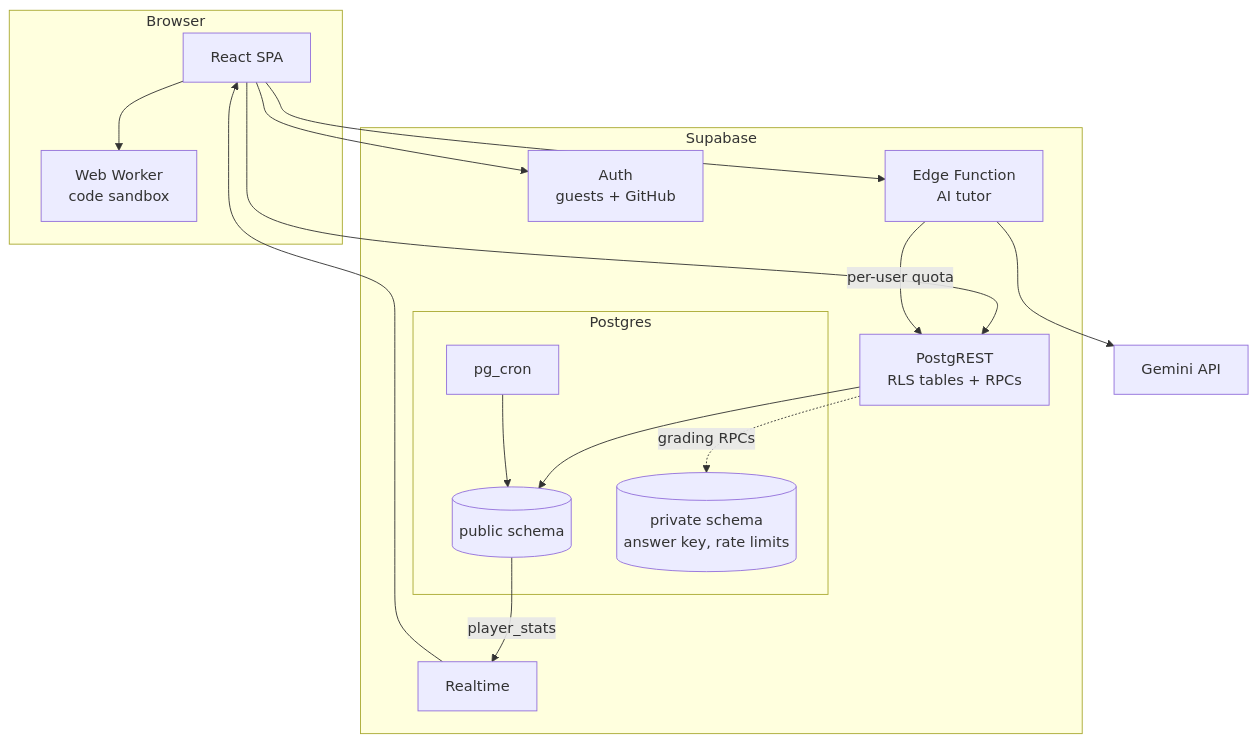
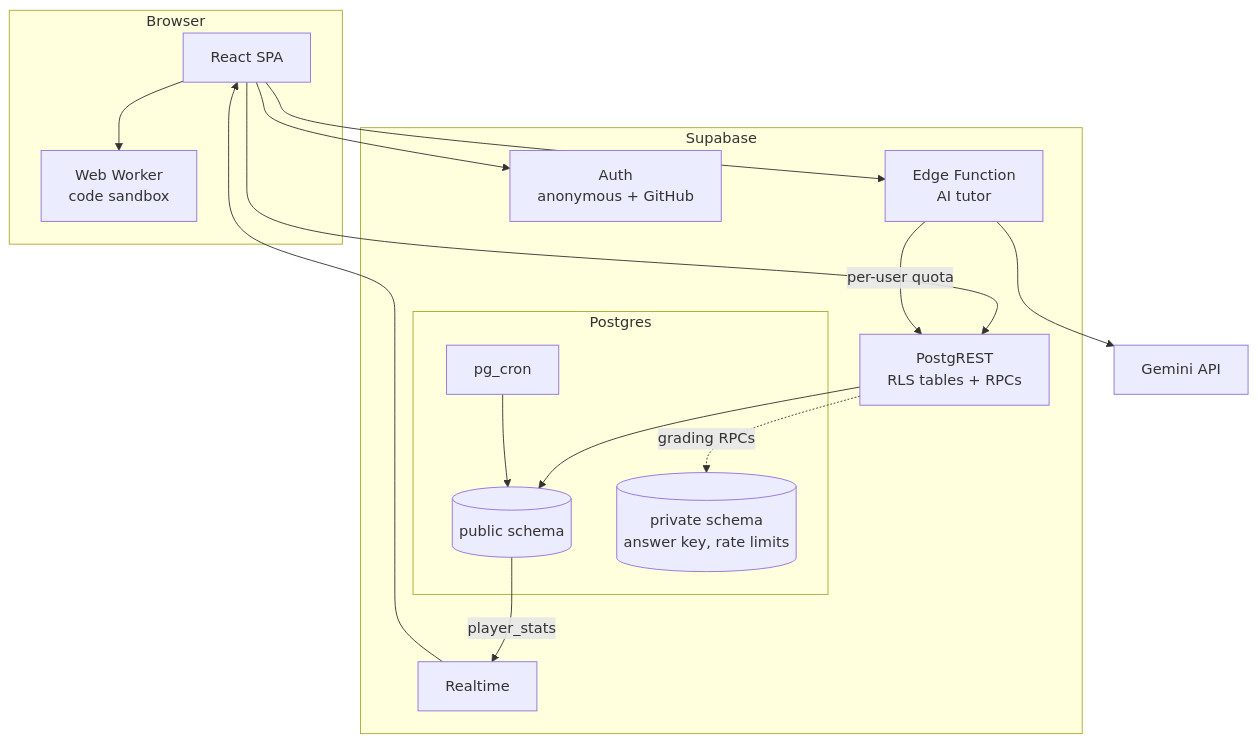
Before and after one commit to aryansajiv19/SkillVerse: the first of 2 diagrams in README.md, drawn with Mermaid. The commit also changed other lines of this file, not shown here.

````diff
--- a/README.md
+++ b/README.md
@@ -99,27 +88,27 @@
 ```mermaid
 flowchart TB
     subgraph Browser
         SPA[React SPA]
         W[Web Worker<br/>code sandbox]
     end
     subgraph Supabase
-        AUTH[Auth<br/>guests + GitHub]
+        AUTH[Auth<br/>anonymous + GitHub]
         API[PostgREST<br/>RLS tables + RPCs]
         RT[Realtime]
         FN[Edge Function<br/>AI tutor]
         subgraph Postgres
             PUB[(public schema)]
             PRIV[(private schema<br/>answer key, rate limits)]
             CRON[pg_cron]
         end
     end
     GEM[Gemini API]
     SPA --> W
     SPA --> AUTH
     SPA --> API --> PUB
     API -. grading RPCs .-> PRIV
     PUB -- player_stats --> RT --> SPA
     SPA --> FN --> GEM
     FN -- per-user quota --> API
     CRON --> PUB
 ```
````
